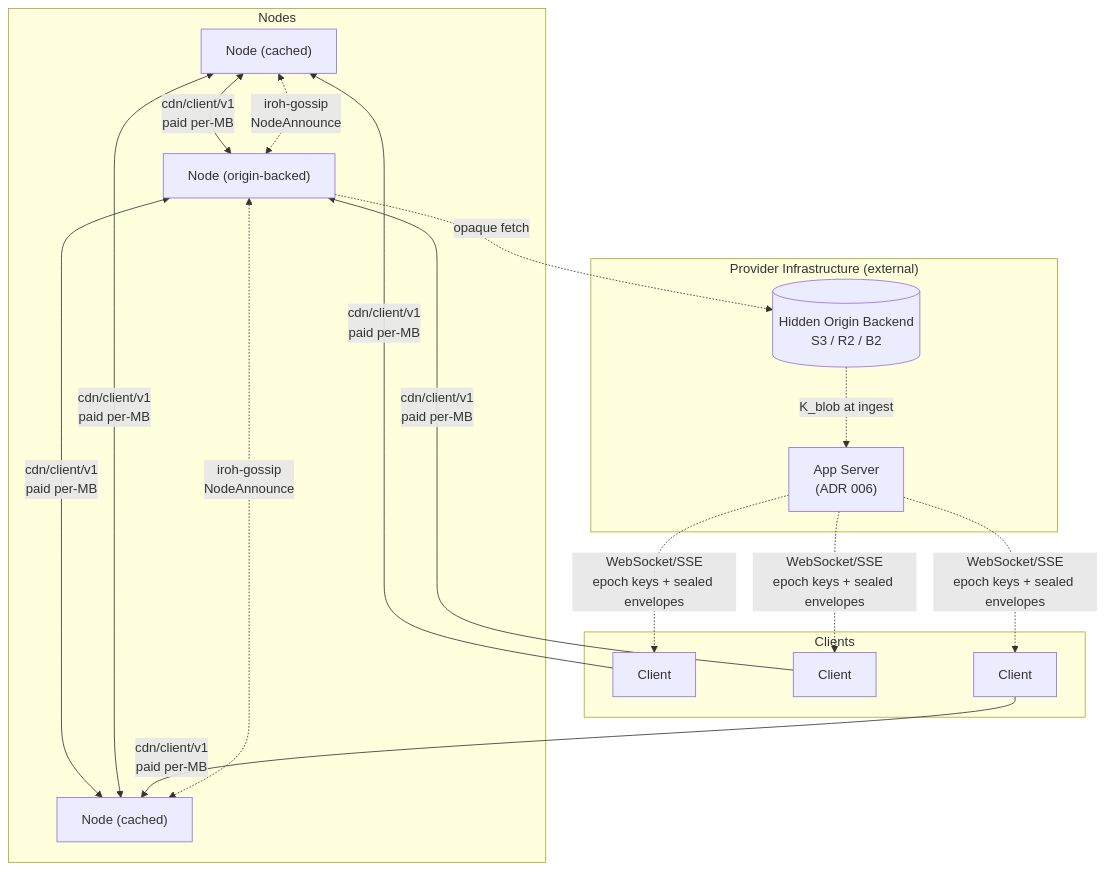
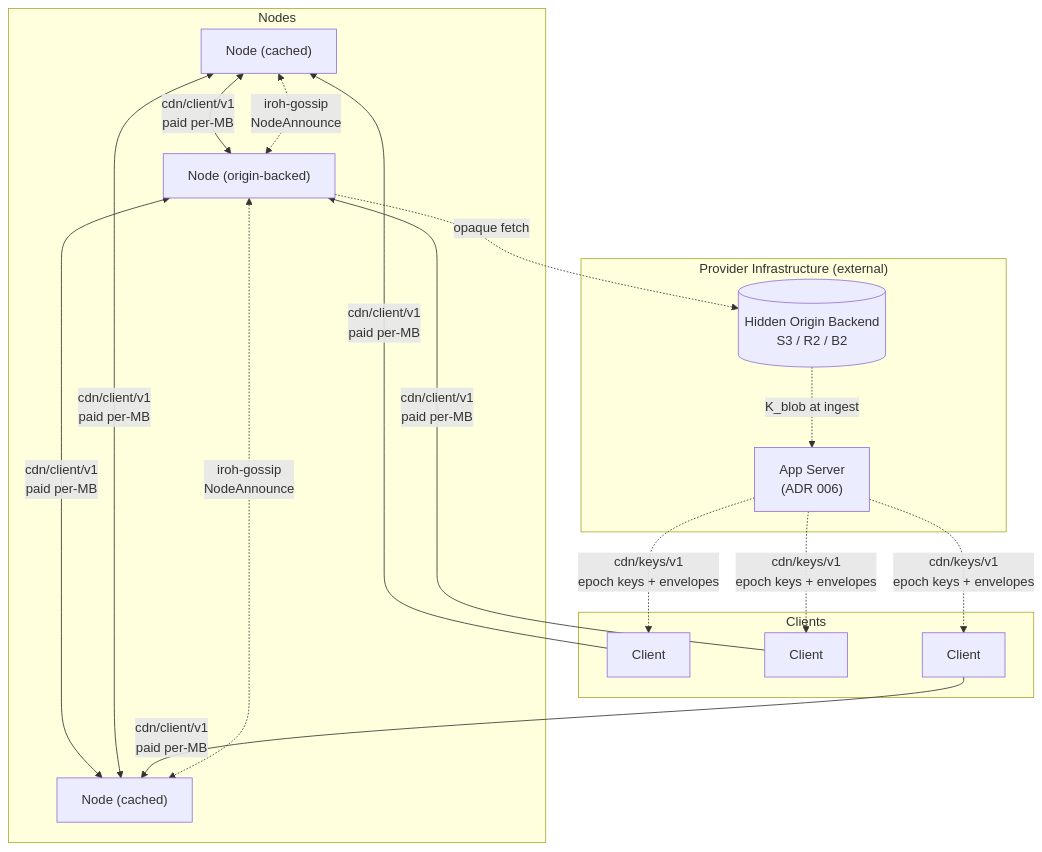
The first of 3 diagrams in adr/architecture.md (decdn/decdn), drawn with Mermaid before and after one commit. The commit also changed other lines of this file and 5 other files, not shown here.

First line of the commit message:
docs: add ADR 012 (client architecture) and move key delivery to iroh QUIC (#162)

````diff
--- a/adr/architecture.md
+++ b/adr/architecture.md
@@ -21,37 +21,37 @@
 ```mermaid
 graph TD
     subgraph Nodes
         N1["Node (cached)"]
         N2["Node (origin-backed)"]
         N3["Node (cached)"]
     end
 
     subgraph Clients
         C1[Client]
         C2[Client]
         C3[Client]
     end
 
     subgraph "Provider Infrastructure (external)"
         S3[("Hidden Origin Backend<br/>S3 / R2 / B2")]
         A["App Server<br/>(ADR 006)"]
     end
 
     N1 <-->|"cdn/client/v1<br/>paid per-MB"| N2
     N2 <-->|"cdn/client/v1<br/>paid per-MB"| N3
     N1 <-->|"cdn/client/v1<br/>paid per-MB"| N3
 
     C1 -->|"cdn/client/v1<br/>paid per-MB"| N1
     C2 -->|"cdn/client/v1<br/>paid per-MB"| N2
     C3 -->|"cdn/client/v1<br/>paid per-MB"| N3
 
     N2 -.->|opaque fetch| S3
 
     N1 <-.->|"iroh-gossip<br/>NodeAnnounce"| N2
     N2 <-.->|"iroh-gossip<br/>NodeAnnounce"| N3
 
     S3 -.->|"K_blob at ingest"| A
-    A -.->|"WebSocket/SSE<br/>epoch keys + sealed envelopes"| C1
-    A -.->|"WebSocket/SSE<br/>epoch keys + sealed envelopes"| C2
-    A -.->|"WebSocket/SSE<br/>epoch keys + sealed envelopes"| C3
+    A -.->|"cdn/keys/v1<br/>epoch keys + envelopes"| C1
+    A -.->|"cdn/keys/v1<br/>epoch keys + envelopes"| C2
+    A -.->|"cdn/keys/v1<br/>epoch keys + envelopes"| C3
 ```
````
